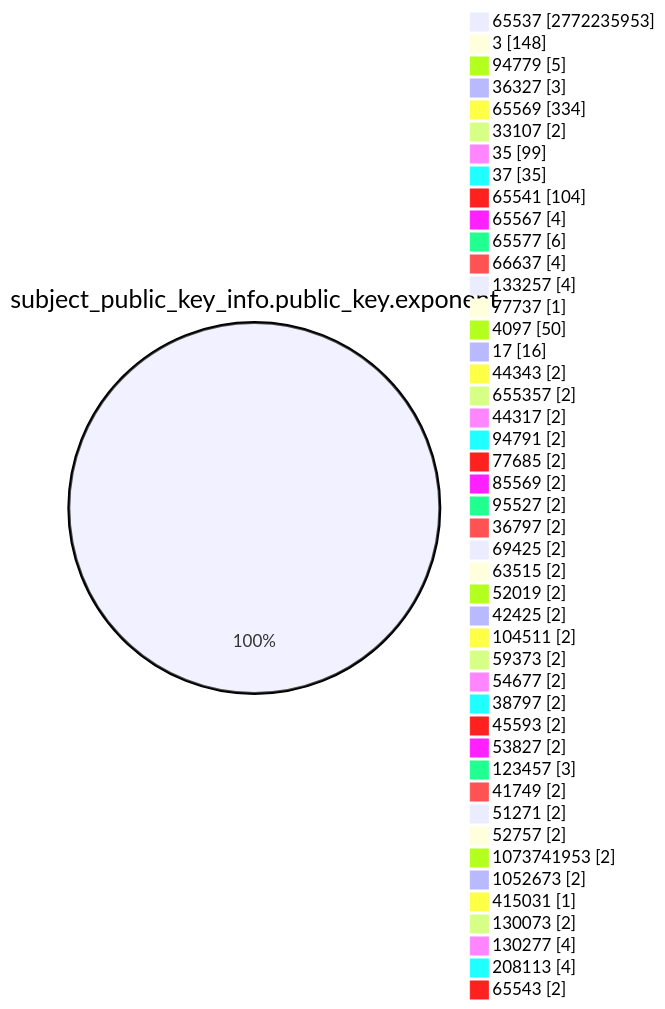
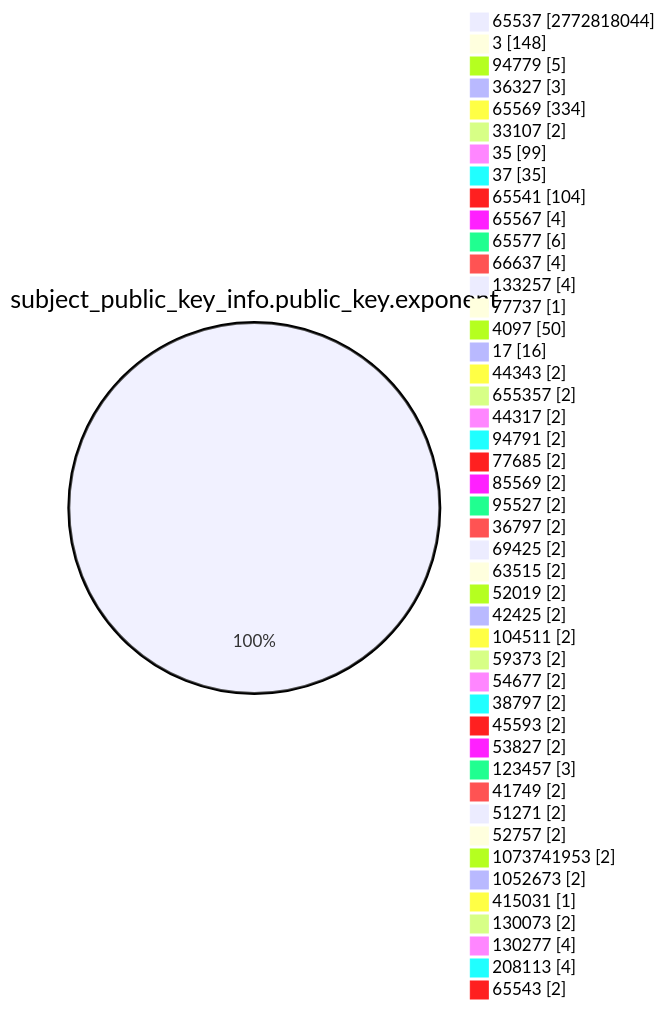
One commit to christiankrug/ctmonitor_visualization changed the fourth of 15 diagrams in TOTAL/README.md. Above: the diagram before and after it, drawn with Mermaid. The commit also changed other lines of this file, not shown here.

````diff
--- a/TOTAL/README.md
+++ b/TOTAL/README.md
@@ -1467,49 +1467,49 @@
 ```mermaid
 pie showData
 title subject_public_key_info.public_key.exponent
-"65537" :2772235953
+"65537" :2772818044
 "3" :148
 "94779" :5
 "36327" :3
 "65569" :334
 "33107" :2
 "35" :99
 "37" :35
 "65541" :104
 "65567" :4
 "65577" :6
 "66637" :4
 "133257" :4
 "77737" :1
 "4097" :50
 "17" :16
 "44343" :2
 "655357" :2
 "44317" :2
 "94791" :2
 "77685" :2
 "85569" :2
 "95527" :2
 "36797" :2
 "69425" :2
 "63515" :2
 "52019" :2
 "42425" :2
 "104511" :2
 "59373" :2
 "54677" :2
 "38797" :2
 "45593" :2
 "53827" :2
 "123457" :3
 "41749" :2
 "51271" :2
 "52757" :2
 "1073741953" :2
 "1052673" :2
 "415031" :1
 "130073" :2
 "130277" :4
 "208113" :4
 "65543" :2
 ```
````
